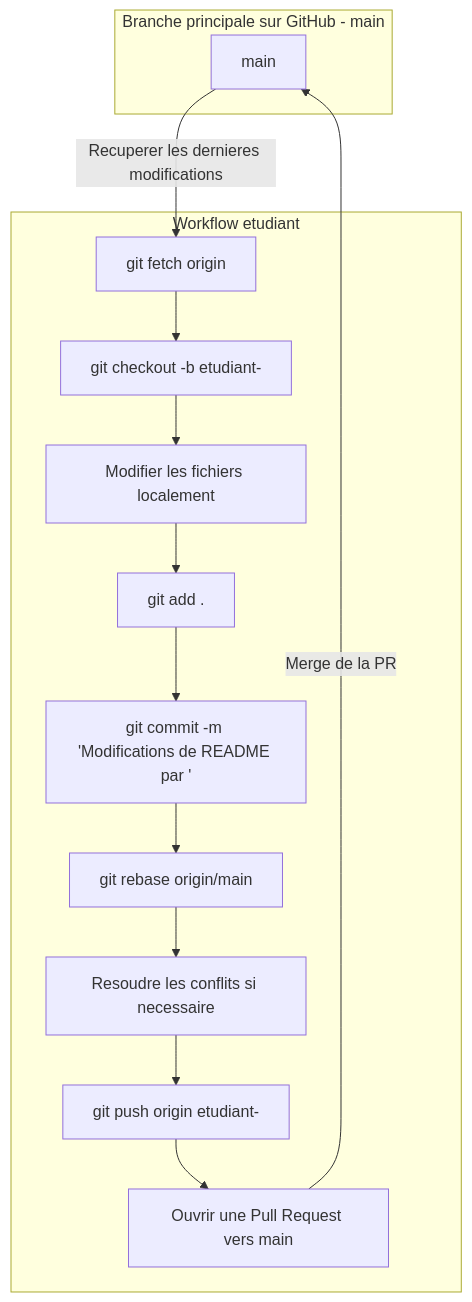
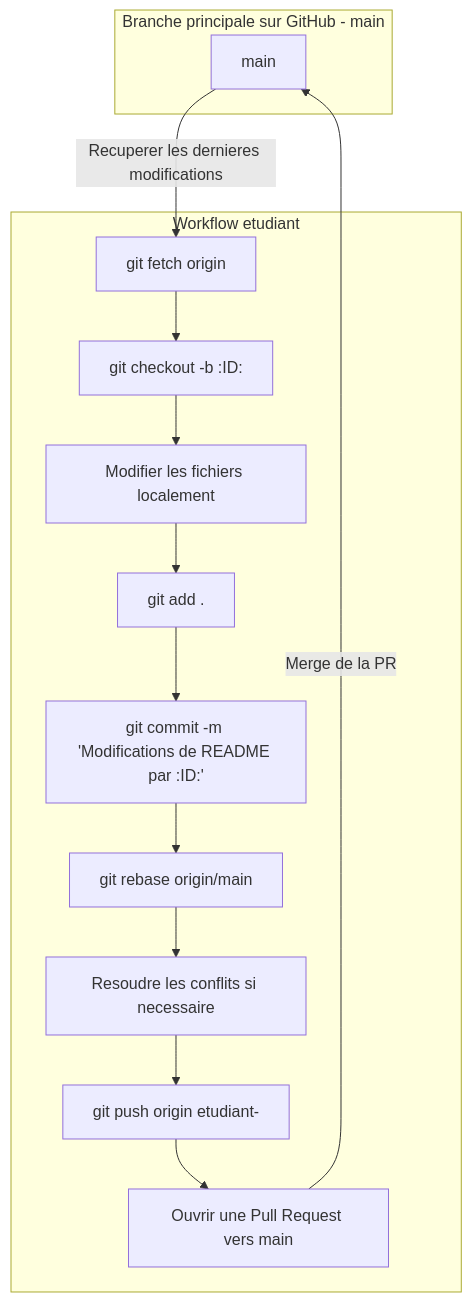
The diagram in 4.DCs/.prep/COMMIT.md (CollegeBoreal/INF1084-202-25A-03), drawn with Mermaid before and after one commit.

````diff
--- a/4.DCs/.prep/COMMIT.md
+++ b/4.DCs/.prep/COMMIT.md
@@ -1,29 +1,29 @@
 ```mermaid
 flowchart TD
     subgraph DepotDistant[Branche principale sur GitHub - main]
         A[main]
     end
 
     subgraph Etudiant[Workflow etudiant]
         B1[git fetch origin]
-        B2[git checkout -b etudiant-<nom>]
+        B2[git checkout -b :ID:]
         B3[Modifier les fichiers localement]
         B4[git add .]
-        B5[git commit -m 'Modifications de README par <nom>']
+        B5[git commit -m 'Modifications de README par :ID:']
         B6[git rebase origin/main]
         B7[Resoudre les conflits si necessaire]
         B8[git push origin etudiant-<nom>]
         B9[Ouvrir une Pull Request vers main]
     end
 
     A -->|Recuperer les dernieres modifications| B1
     B1 --> B2
     B2 --> B3
     B3 --> B4
     B4 --> B5
     B5 --> B6
     B6 --> B7
     B7 --> B8
     B8 --> B9
     B9 -->|Merge de la PR| A
 ```
````
